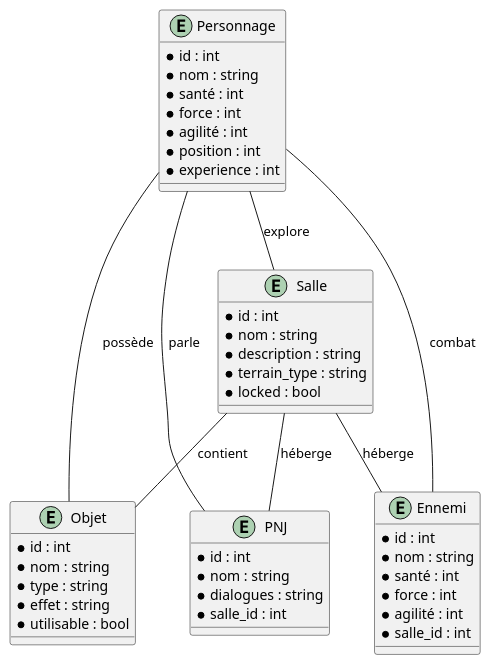
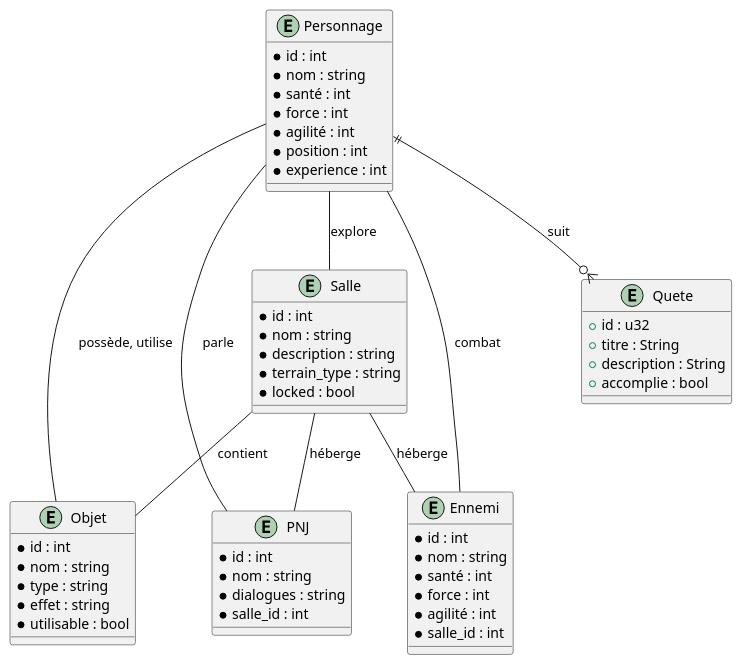
The diagram in diagrame.puml (olfabre/ProjetRustS2), drawn with PlantUML before and after one commit. The commit also changed 3 other files, not shown here.

```diff
--- a/diagrame.puml
+++ b/diagrame.puml
@@ -1,54 +1,63 @@
 @startuml
 
 entity "Personnage" as Pers {
   * id : int
   * nom : string
   * santé : int
   * force : int
   * agilité : int
   * position : int
   * experience : int
 }
 
 entity "Salle" as Room {
   * id : int
   * nom : string
   * description : string
   * terrain_type : string
   * locked : bool
 }
 
 entity "Objet" as Obj {
   * id : int
   * nom : string
   * type : string
   * effet : string
   * utilisable : bool
 }
 
 entity "Ennemi" as En {
   * id : int
   * nom : string
   * santé : int
   * force : int
   * agilité : int
   * salle_id : int
 }
 
 entity "PNJ" as Pnj {
   * id : int
   * nom : string
   * dialogues : string
   * salle_id : int
 }
+entity Quete {
+  +id : u32
+  +titre : String
+  +description : String
+  +accomplie : bool
+}
+
+
 
 ' Associations
 Pers -- Room : explore
-Pers -- Obj : possède
+Pers -- Obj : possède, utilise
 Pers -- En : combat
 Pers -- Pnj : parle
+Pers ||--o{ Quete : suit
 Room -- Obj : contient
 Room -- En : héberge
 Room -- Pnj : héberge
 
 @enduml
```
